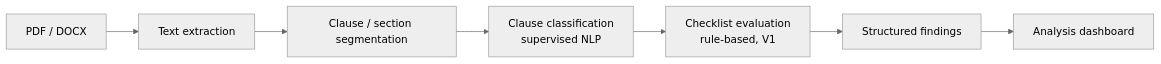
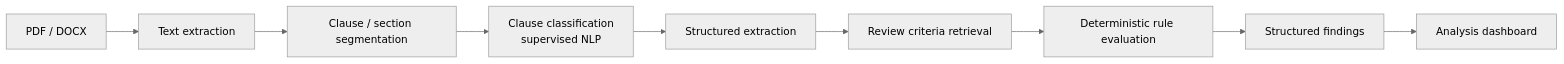
The first of 2 diagrams in README.md (Amir-Bannani/ClauseGuard), drawn with Mermaid (neutral theme) before and after one commit. The commit also changed other lines of this file and 3 other files, not shown here.

Commit message:
docs(concern): explain review criteria and retrieval

````diff
--- a/README.md
+++ b/README.md
@@ -36,9 +37,11 @@
 ```mermaid
 flowchart LR
     A[PDF / DOCX] --> B[Text extraction]
     B --> C[Clause / section segmentation]
     C --> D[Clause classification\n supervised NLP]
-    D --> E[Checklist evaluation\n rule-based, V1]
-    E --> F[Structured findings]
-    F --> G[Analysis dashboard]
+    D --> E[Structured extraction]
+    E --> F[Review criteria retrieval]
+    F --> G[Deterministic rule evaluation]
+    G --> H[Structured findings]
+    H --> I[Analysis dashboard]
 ```
````
